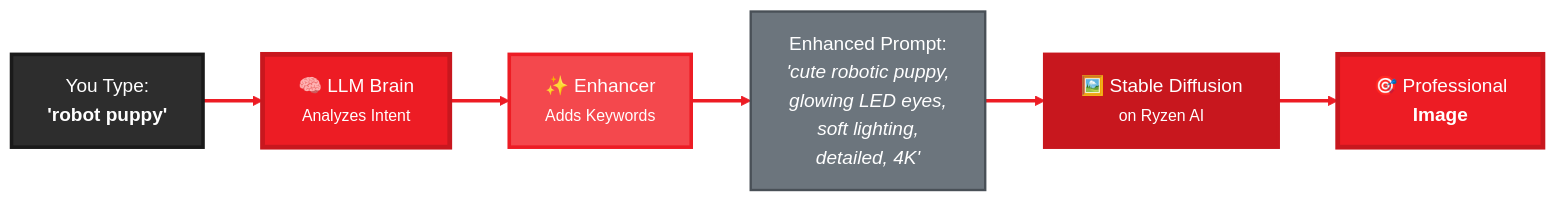
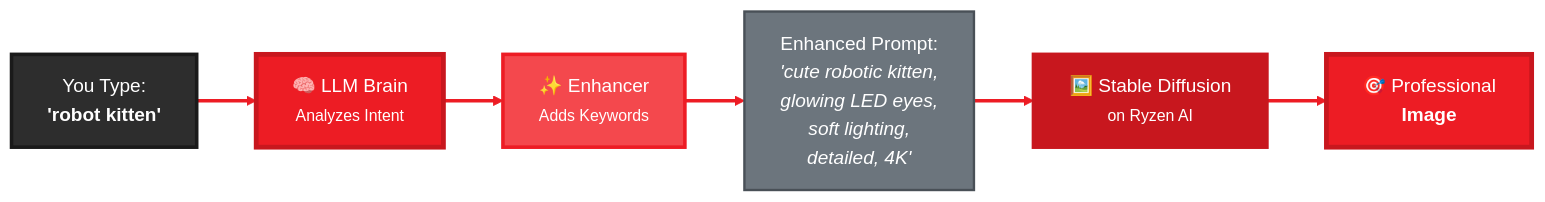
Before and after one commit to amd/gaia: the diagram in docs/guides/sd.mdx, drawn with Mermaid. The commit also changed other lines of this file, not shown here.

Commit message:
Update docs to match demo video: cute robot kitten

````diff
--- a/docs/guides/sd.mdx
+++ b/docs/guides/sd.mdx
@@ -37,22 +37,22 @@
 ```mermaid
 %%{init: {'theme':'base', 'themeVariables': { 'primaryColor':'#ED1C24', 'primaryTextColor':'#fff', 'primaryBorderColor':'#C8171E', 'lineColor':'#F4484D', 'secondaryColor':'#2d2d2d', 'tertiaryColor':'#f5f5f5', 'fontSize':'16px', 'fontFamily': 'system-ui, -apple-system, sans-serif'}}}%%
 graph LR
-    A["You Type:<br/><b>'robot puppy'</b>"] --> B["🧠 LLM Brain<br/><small>Analyzes Intent</small>"]
+    A["You Type:<br/><b>'robot kitten'</b>"] --> B["🧠 LLM Brain<br/><small>Analyzes Intent</small>"]
 
     B --> C["✨ Enhancer<br/><small>Adds Keywords</small>"]
 
-    C --> D["Enhanced Prompt:<br/><i>'cute robotic puppy,<br/>glowing LED eyes,<br/>soft lighting,<br/>detailed, 4K'</i>"]
+    C --> D["Enhanced Prompt:<br/><i>'cute robotic kitten,<br/>glowing LED eyes,<br/>soft lighting,<br/>detailed, 4K'</i>"]
 
     D --> E["🖼️ Stable Diffusion<br/><small>on Ryzen AI</small>"]
 
     E --> F["🎯 Professional<br/><b>Image</b>"]
 
     style A fill:#2d2d2d,stroke:#1a1a1a,stroke-width:3px,color:#fff
     style B fill:#ED1C24,stroke:#C8171E,stroke-width:4px,color:#fff
     style C fill:#F4484D,stroke:#ED1C24,stroke-width:3px,color:#fff
     style D fill:#6c757d,stroke:#495057,stroke-width:2px,color:#fff
     style E fill:#C8171E,stroke:#C8171E,stroke-width:3px,color:#fff
     style F fill:#ED1C24,stroke:#C8171E,stroke-width:4px,color:#fff
 
     linkStyle 0,1,2,3,4 stroke:#ED1C24,stroke-width:3px
 ```
````
